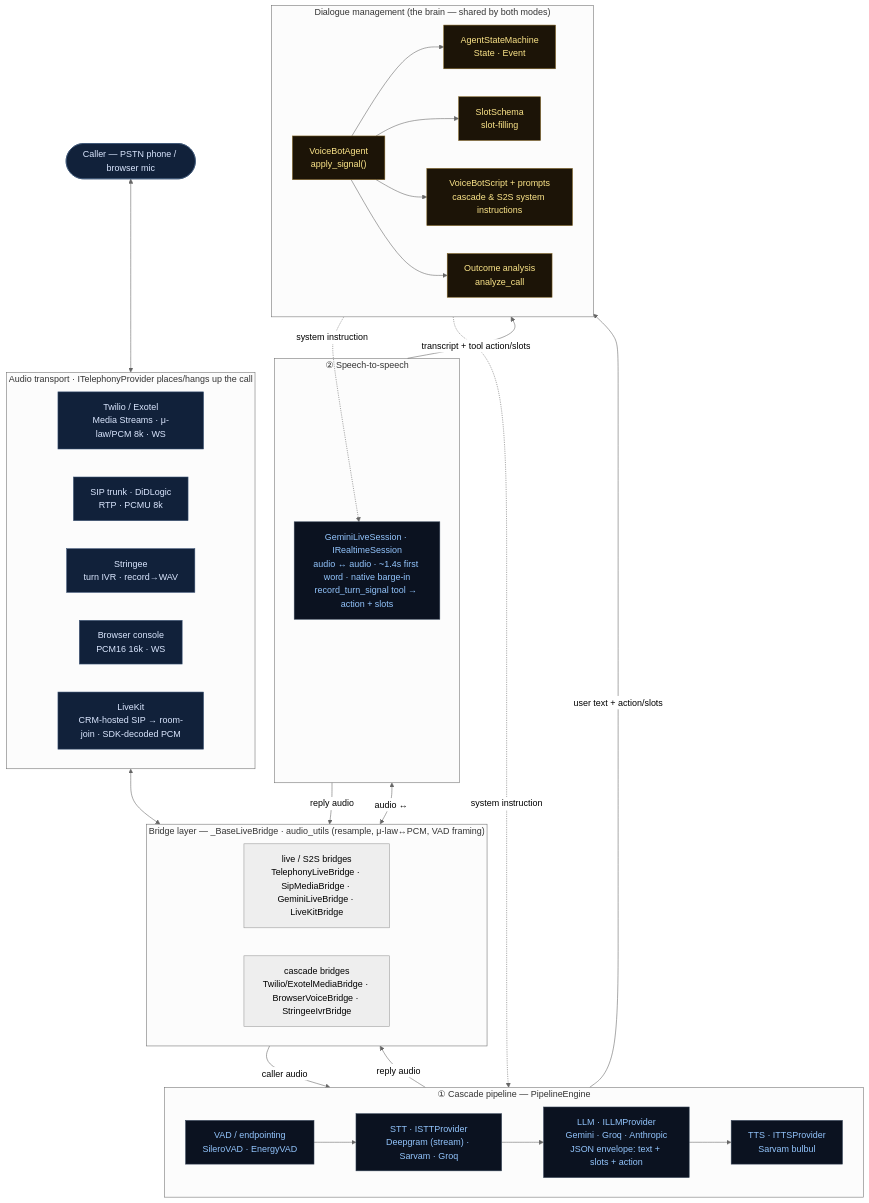
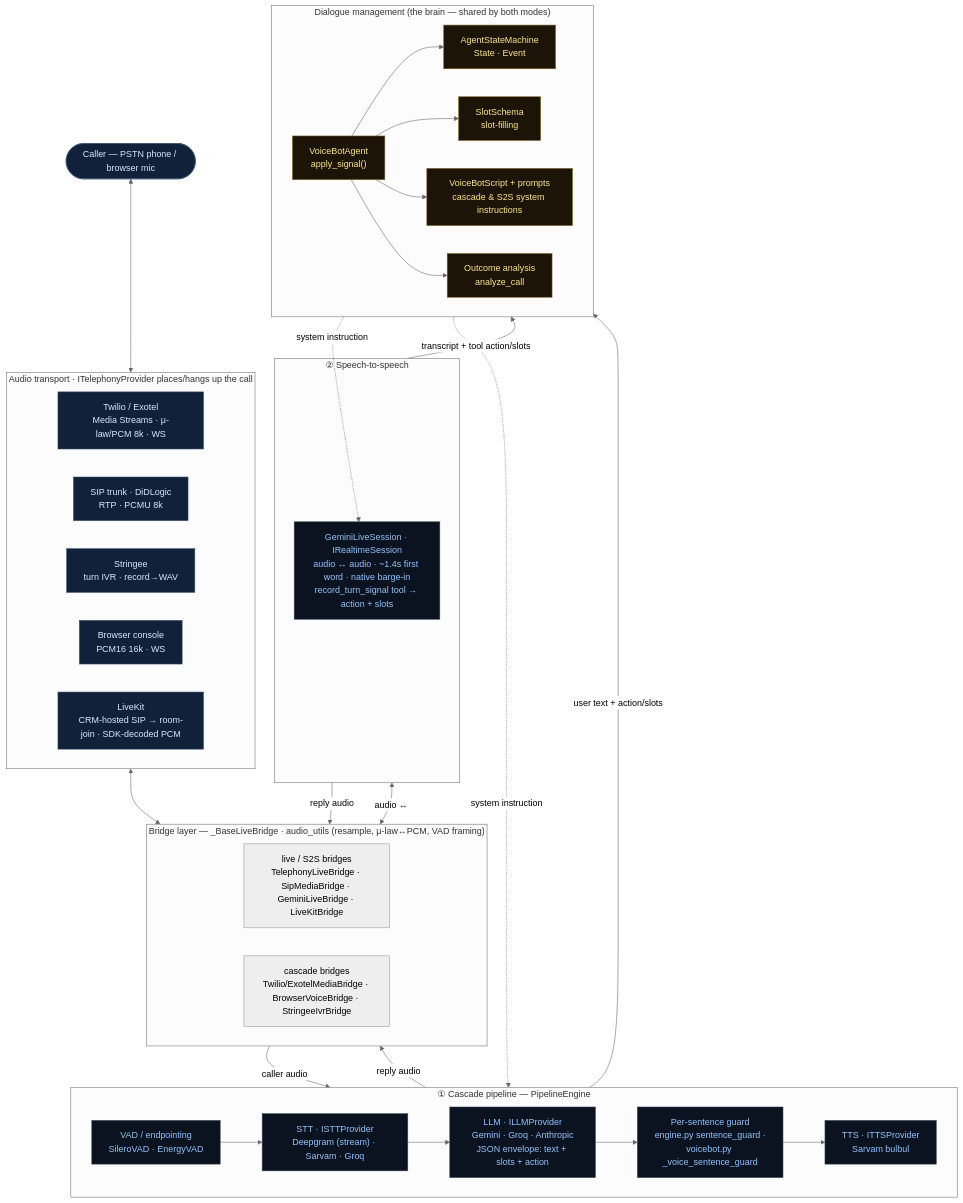
The diagram in docs/VOICE-ARCHITECTURE.md (insidebeehive/indic_voice_and_chat), drawn with Mermaid (neutral theme) before and after one commit. The commit also changed other lines of this file and 7 other files, not shown here.

````diff
--- a/docs/VOICE-ARCHITECTURE.md
+++ b/docs/VOICE-ARCHITECTURE.md
@@ -13,60 +13,61 @@
 ```mermaid
 flowchart TB
   classDef io fill:#11213a,stroke:#3b5374,color:#dbe7ff;
   classDef brain fill:#1c1407,stroke:#7c5e1e,color:#fde68a;
   classDef impl fill:#0b1220,stroke:#334155,color:#93c5fd;
 
   CALLER(["Caller — PSTN phone / browser mic"]):::io
 
   subgraph IO["Audio transport · ITelephonyProvider places/hangs up the call"]
     direction LR
     TW["Twilio / Exotel<br/>Media Streams · μ-law/PCM 8k · WS"]:::io
     SIP["SIP trunk · DiDLogic<br/>RTP · PCMU 8k"]:::io
     STR["Stringee<br/>turn IVR · record→WAV"]:::io
     BWS["Browser console<br/>PCM16 16k · WS"]:::io
     LK["LiveKit<br/>CRM-hosted SIP → room-join · SDK-decoded PCM"]:::io
   end
 
   subgraph BRIDGE["Bridge layer — _BaseLiveBridge · audio_utils (resample, μ-law↔PCM, VAD framing)"]
     direction LR
     BL["live / S2S bridges<br/>TelephonyLiveBridge · SipMediaBridge · GeminiLiveBridge · LiveKitBridge"]
     BC["cascade bridges<br/>Twilio/ExotelMediaBridge · BrowserVoiceBridge · StringeeIvrBridge"]
   end
 
   subgraph CASCADE["① Cascade pipeline — PipelineEngine"]
     direction LR
     VAD["VAD / endpointing<br/>SileroVAD · EnergyVAD"]:::impl
     STT["STT · ISTTProvider<br/>Deepgram (stream) · Sarvam · Groq"]:::impl
     LLMC["LLM · ILLMProvider<br/>Gemini · Groq · Anthropic<br/>JSON envelope: text + slots + action"]:::impl
+    GUARD["Per-sentence guard<br/>engine.py sentence_guard ·<br/>voicebot.py _voice_sentence_guard"]:::impl
     TTS["TTS · ITTSProvider<br/>Sarvam bulbul"]:::impl
-    VAD --> STT --> LLMC --> TTS
+    VAD --> STT --> LLMC --> GUARD --> TTS
   end
 
   subgraph S2S["② Speech-to-speech"]
     LIVE["GeminiLiveSession · IRealtimeSession<br/>audio ↔ audio · ~1.4s first word · native barge-in<br/>record_turn_signal tool → action + slots"]:::impl
   end
 
   subgraph DM["Dialogue management (the brain — shared by both modes)"]
     direction LR
     AGENT["VoiceBotAgent<br/>apply_signal()"]:::brain
     SM["AgentStateMachine<br/>State · Event"]:::brain
     SLOTS["SlotSchema<br/>slot-filling"]:::brain
     PROMPT["VoiceBotScript + prompts<br/>cascade & S2S system instructions"]:::brain
     OUT["Outcome analysis<br/>analyze_call"]:::brain
   end
 
   CALLER <--> IO
   IO <--> BRIDGE
   BC -->|"caller audio"| CASCADE
   BL <-->|"audio ↔"| S2S
   CASCADE -->|"user text + action/slots"| AGENT
   S2S -->|"transcript + tool action/slots"| AGENT
   AGENT --> SM
   AGENT --> SLOTS
   AGENT --> PROMPT
   AGENT --> OUT
   TTS -->|"reply audio"| BRIDGE
   S2S -->|"reply audio"| BRIDGE
   PROMPT -.->|"system instruction"| LLMC
   PROMPT -.->|"system instruction"| LIVE
 ```
````
